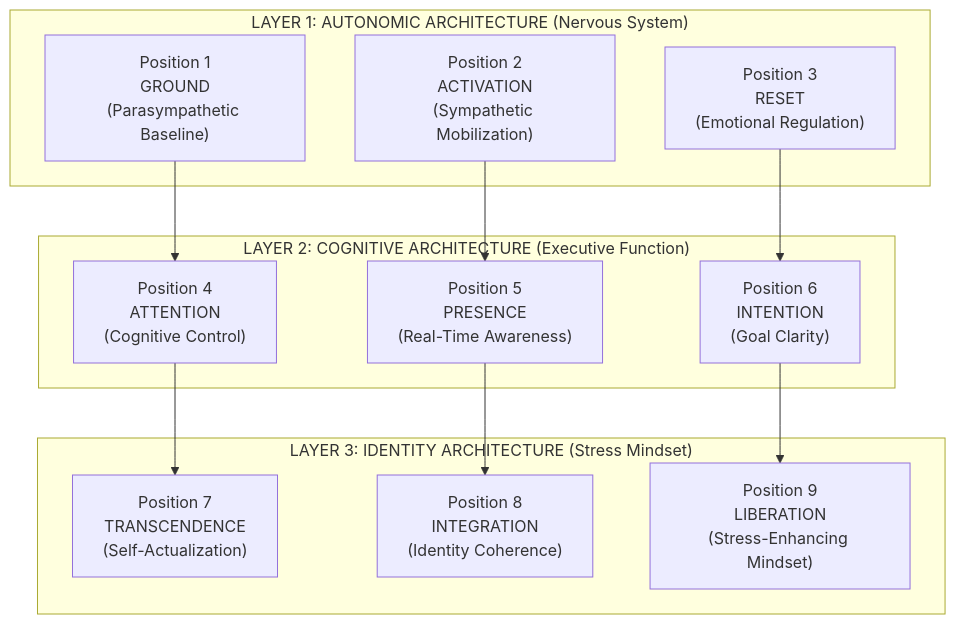
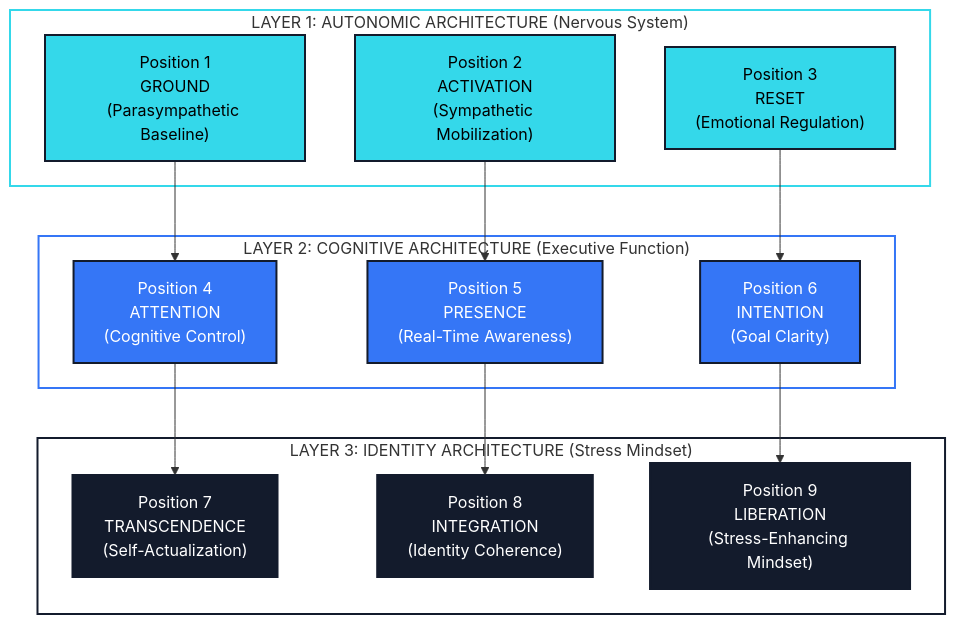
The first of 11 diagrams in docs/elevation-grid/elevation-grid-visualizations.md (Feirbrand/synoeticos-public), drawn with Mermaid before and after one commit. The commit also changed other lines of this file and 8 other files, not shown here.

````diff
--- a/docs/elevation-grid/elevation-grid-visualizations.md
+++ b/docs/elevation-grid/elevation-grid-visualizations.md
@@ -17,27 +17,40 @@
 ```{mermaid}
 graph TD
     subgraph Layer3["LAYER 3: IDENTITY ARCHITECTURE (Stress Mindset)"]
         P7["Position 7<br/>TRANSCENDENCE<br/>(Self-Actualization)"]
         P8["Position 8<br/>INTEGRATION<br/>(Identity Coherence)"]
         P9["Position 9<br/>LIBERATION<br/>(Stress-Enhancing Mindset)"]
     end
     
     subgraph Layer2["LAYER 2: COGNITIVE ARCHITECTURE (Executive Function)"]
         P4["Position 4<br/>ATTENTION<br/>(Cognitive Control)"]
         P5["Position 5<br/>PRESENCE<br/>(Real-Time Awareness)"]
         P6["Position 6<br/>INTENTION<br/>(Goal Clarity)"]
     end
     
     subgraph Layer1["LAYER 1: AUTONOMIC ARCHITECTURE (Nervous System)"]
         P1["Position 1<br/>GROUND<br/>(Parasympathetic Baseline)"]
         P2["Position 2<br/>ACTIVATION<br/>(Sympathetic Mobilization)"]
         P3["Position 3<br/>RESET<br/>(Emotional Regulation)"]
     end
     
     P1 --> P4
     P2 --> P5
     P3 --> P6
     P4 --> P7
     P5 --> P8
     P6 --> P9
+    
+    style Layer1 fill:none,stroke:#34D8EA,stroke-width:2px
+    style Layer2 fill:none,stroke:#3576F6,stroke-width:2px
+    style Layer3 fill:none,stroke:#131B2C,stroke-width:2px
+    style P1 fill:#34D8EA,stroke:#131B2C,stroke-width:2px,color:#000
+    style P2 fill:#34D8EA,stroke:#131B2C,stroke-width:2px,color:#000
+    style P3 fill:#34D8EA,stroke:#131B2C,stroke-width:2px,color:#000
+    style P4 fill:#3576F6,stroke:#131B2C,stroke-width:2px,color:#fff
+    style P5 fill:#3576F6,stroke:#131B2C,stroke-width:2px,color:#fff
+    style P6 fill:#3576F6,stroke:#131B2C,stroke-width:2px,color:#fff
+    style P7 fill:#131B2C,stroke:#131B2C,stroke-width:2px,color:#fff
+    style P8 fill:#131B2C,stroke:#131B2C,stroke-width:2px,color:#fff
+    style P9 fill:#131B2C,stroke:#131B2C,stroke-width:2px,color:#fff
 ```
````
